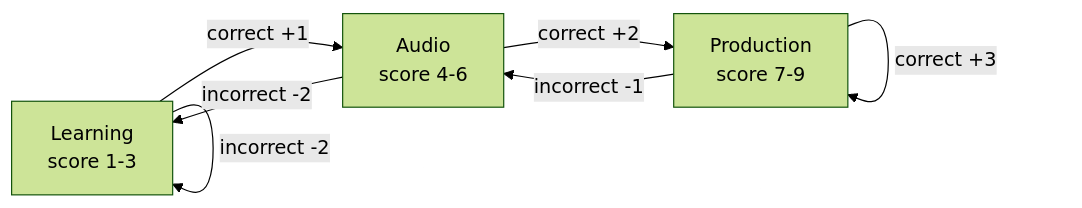
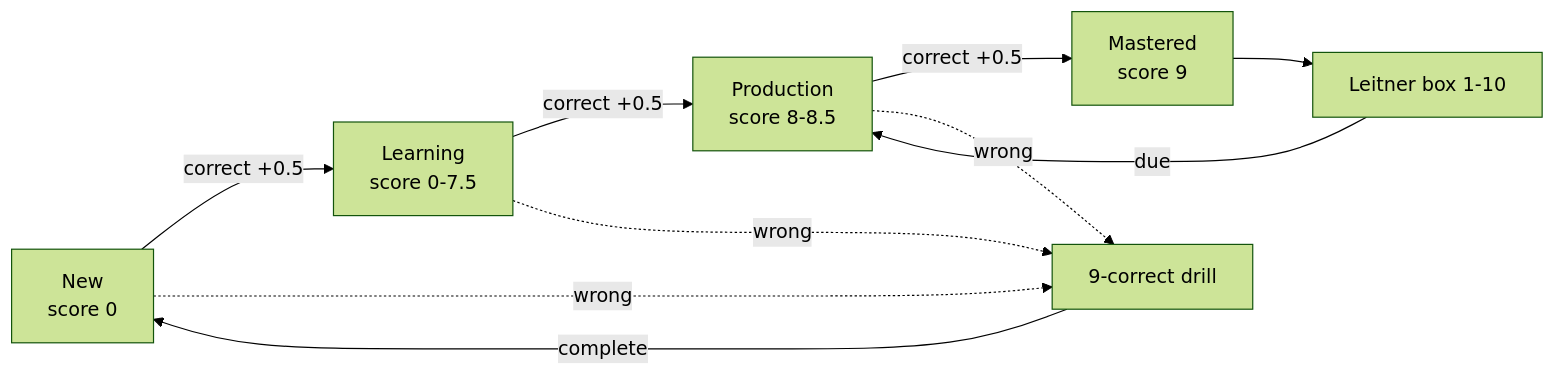
One commit to bahman-farhadian/mashq changed the diagram in README.md. Above: the diagram before and after it, drawn with Mermaid (forest theme). The commit also changed other lines of this file and 8 other files, not shown here.

````diff
--- a/README.md
+++ b/README.md
@@ -26,13 +12,12 @@
 ```mermaid
 flowchart LR
-    L["Learning<br/>score 1-3"]
-    A["Audio<br/>score 4-6"]
-    P["Production<br/>score 7-9"]
-
-    L -->|correct +1| A
-    A -->|correct +2| P
-    P -->|correct +3| P
-    A -->|incorrect -2| L
-    P -->|incorrect -1| A
-    L -->|incorrect -2| L
+    N["New\nscore 0"] -->|correct +0.5| L["Learning\nscore 0-7.5"]
+    L -->|correct +0.5| P["Production\nscore 8-8.5"]
+    P -->|correct +0.5| M["Mastered\nscore 9"]
+    N -. wrong .-> D["9-correct drill"]
+    L -. wrong .-> D
+    P -. wrong .-> D
+    D -->|complete| N
+    M --> B["Leitner box 1-10"]
+    B -->|due| P
 ```
````
